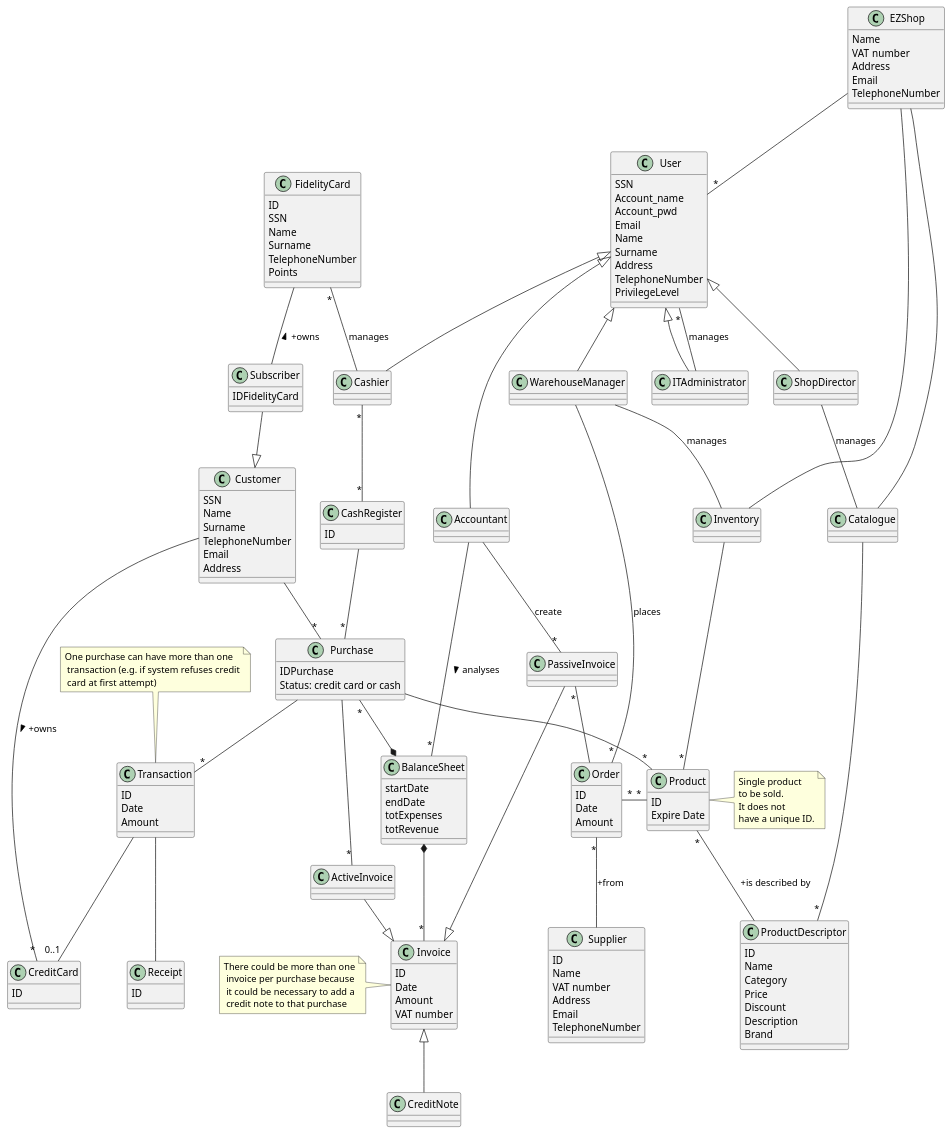
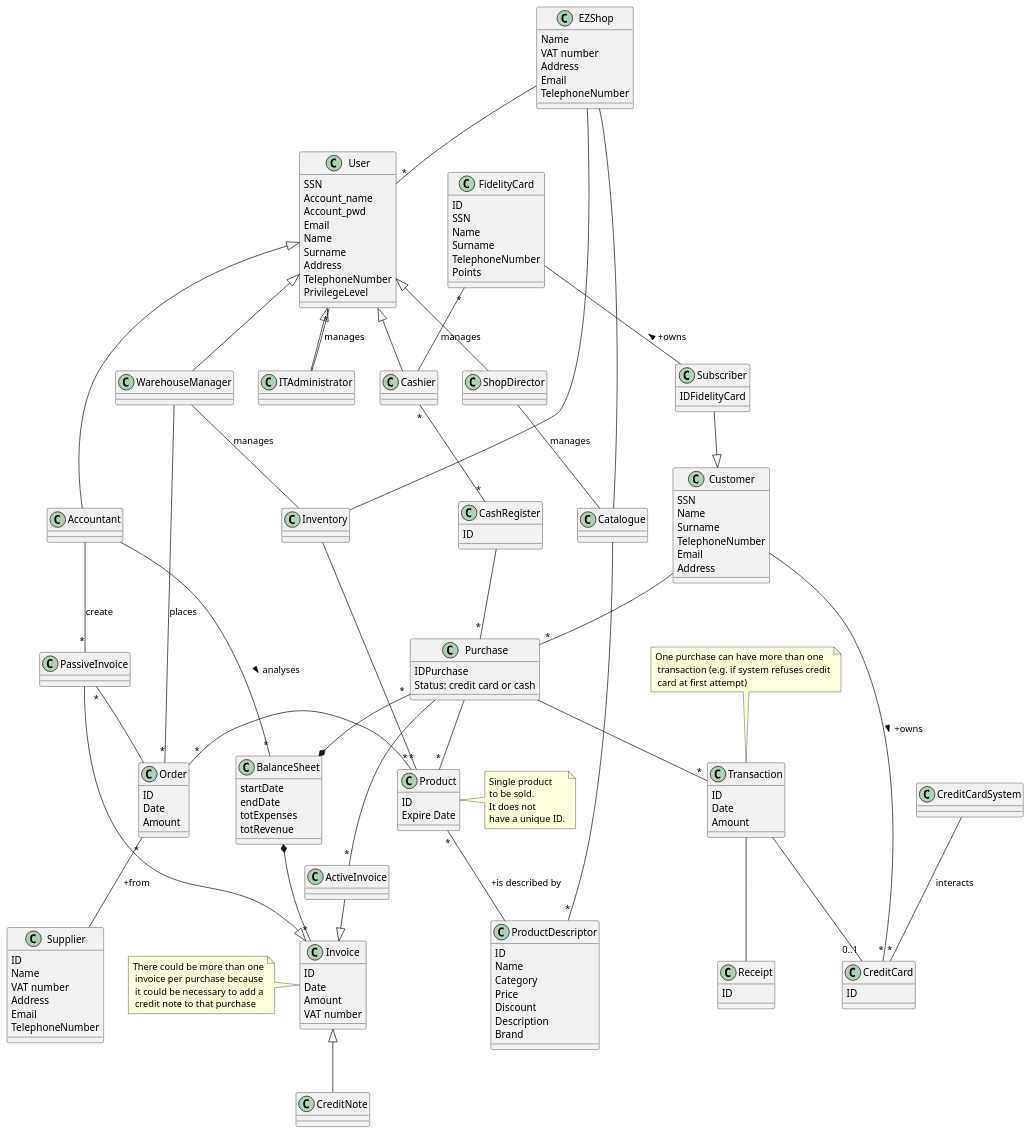
One commit to Stormz4/group20-EzShop changed the tenth of 11 diagrams in Deliverables/RequirementsDocument.md. Above: the diagram before and after it, drawn with PlantUML. The commit also changed other lines of this file, not shown here.

Commit message:
Doc: Refactored some use cases, modified the context diagram

```diff
--- a/Deliverables/RequirementsDocument.md
+++ b/Deliverables/RequirementsDocument.md
@@ -805,6 +868,7 @@
 Product "*"-- ProductDescriptor: +is described by
 Transaction --"0..1" CreditCard
 Customer --"*" CreditCard: +owns >
+CreditCardSystem -- "*" CreditCard : interacts
 Purchase --"*" Transaction
 Transaction -- Receipt
 Cashier "*"--"*" CashRegister
```
